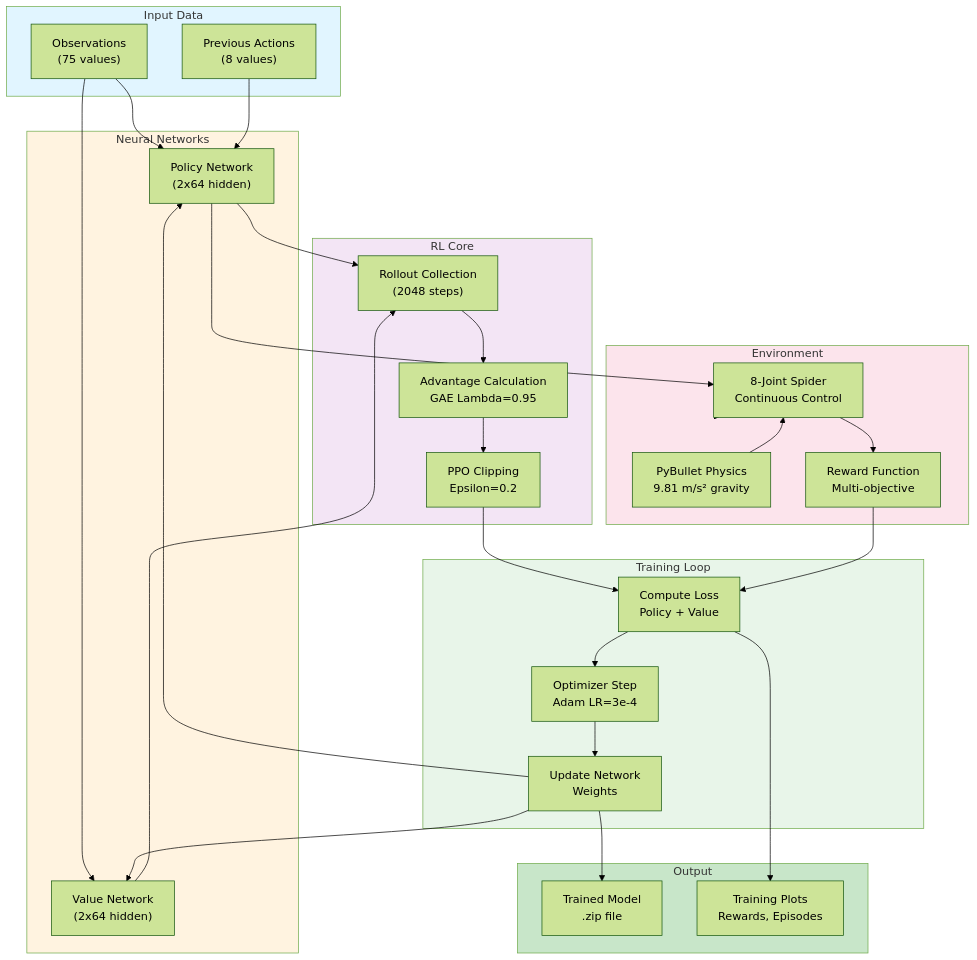
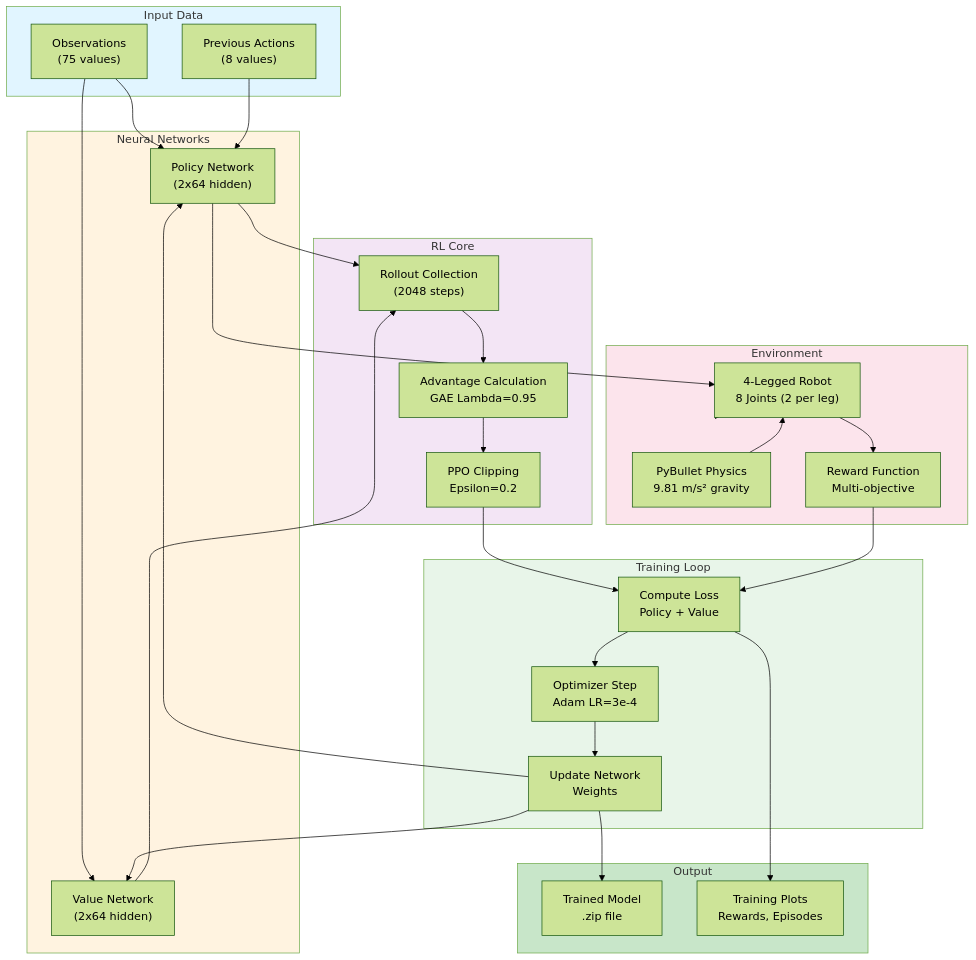
One commit to rubencg195/WalkingSpider_OpenAI_PyBullet changed the diagram in README.md. Above: the diagram before and after it, drawn with Mermaid (forest theme).

Commit message:
docs: fix mermaid diagram - change '8-Joint Spider' to '4-Legged Robot with 8 Joints (2 per leg)' for clarity

````diff
--- a/README.md
+++ b/README.md
@@ -55,67 +55,67 @@
 ```mermaid
 graph TB
     subgraph Input["Input Data"]
         Obs["Observations<br/>(75 values)"]
         Action["Previous Actions<br/>(8 values)"]
     end
     
     subgraph Network["Neural Networks"]
         Policy["Policy Network<br/>(2x64 hidden)"]
         Value["Value Network<br/>(2x64 hidden)"]
     end
     
     subgraph RL["RL Core"]
         Rollout["Rollout Collection<br/>(2048 steps)"]
         Advantage["Advantage Calculation<br/>GAE Lambda=0.95"]
         Clipping["PPO Clipping<br/>Epsilon=0.2"]
     end
     
     subgraph Training["Training Loop"]
         Loss["Compute Loss<br/>Policy + Value"]
         Optimize["Optimizer Step<br/>Adam LR=3e-4"]
         Update["Update Network<br/>Weights"]
     end
     
     subgraph Env["Environment"]
         PyBullet["PyBullet Physics<br/>9.81 m/s² gravity"]
-        Spider["8-Joint Spider<br/>Continuous Control"]
+        Spider["4-Legged Robot<br/>8 Joints (2 per leg)"]
         Reward["Reward Function<br/>Multi-objective"]
     end
     
     subgraph Output["Output"]
         Model["Trained Model<br/>.zip file"]
         Plots["Training Plots<br/>Rewards, Episodes"]
     end
     
     Obs --> Policy
     Action --> Policy
     Obs --> Value
     Policy --> Rollout
     Value --> Rollout
     
     Rollout --> Advantage
     Advantage --> Clipping
     Clipping --> Loss
     
     Loss --> Optimize
     Optimize --> Update
     Update --> Policy
     Update --> Value
     
     Policy --> Spider
     Spider --> Env
     Spider --> Reward
     Reward --> Loss
     
     PyBullet --> Spider
     
     Update --> Model
     Loss --> Plots
     
     style Input fill:#e1f5ff
     style Network fill:#fff3e0
     style RL fill:#f3e5f5
     style Training fill:#e8f5e9
     style Env fill:#fce4ec
     style Output fill:#c8e6c9
 ```
````
